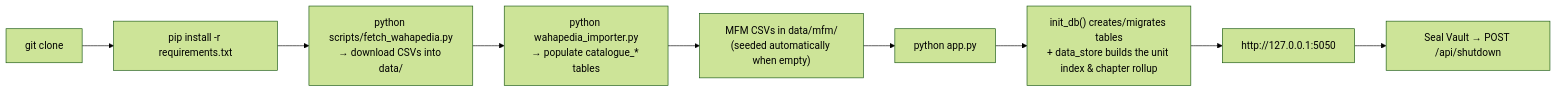
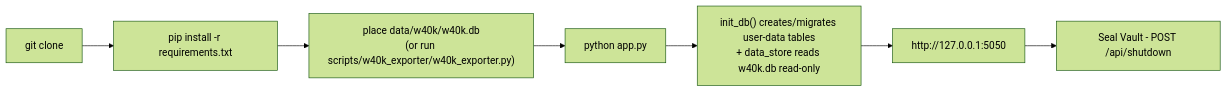
Before and after one commit to Unfunded8495/Codex-Armorum: diagram 12 of 12 in CODEX_ARMORUM_APP_MAP.md, drawn with Mermaid (forest theme). The commit also changed other lines of this file and 44 other files, not shown here.

````diff
--- a/CODEX_ARMORUM_APP_MAP.md
+++ b/CODEX_ARMORUM_APP_MAP.md
@@ -501,11 +487,9 @@
 ```mermaid
 flowchart LR
     A["git clone"] --> B["pip install -r requirements.txt"]
-    B --> C["python scripts/fetch_wahapedia.py<br/>→ download CSVs into data/"]
-    C --> D["python wahapedia_importer.py<br/>→ populate catalogue_* tables"]
-    D --> E["MFM CSVs in data/mfm/<br/>(seeded automatically when empty)"]
-    E --> F["python app.py"]
-    F --> G["init_db() creates/migrates tables<br/>+ data_store builds the unit index & chapter rollup"]
-    G --> H["http://127.0.0.1:5050"]
-    H --> I["Seal Vault → POST /api/shutdown"]
+    B --> C["place data/w40k/w40k.db<br/>(or run scripts/w40k_exporter/w40k_exporter.py)"]
+    C --> D["python app.py"]
+    D --> E["init_db() creates/migrates user-data tables<br/>+ data_store reads w40k.db read-only"]
+    E --> F["http://127.0.0.1:5050"]
+    F --> G["Seal Vault - POST /api/shutdown"]
 ```
````
